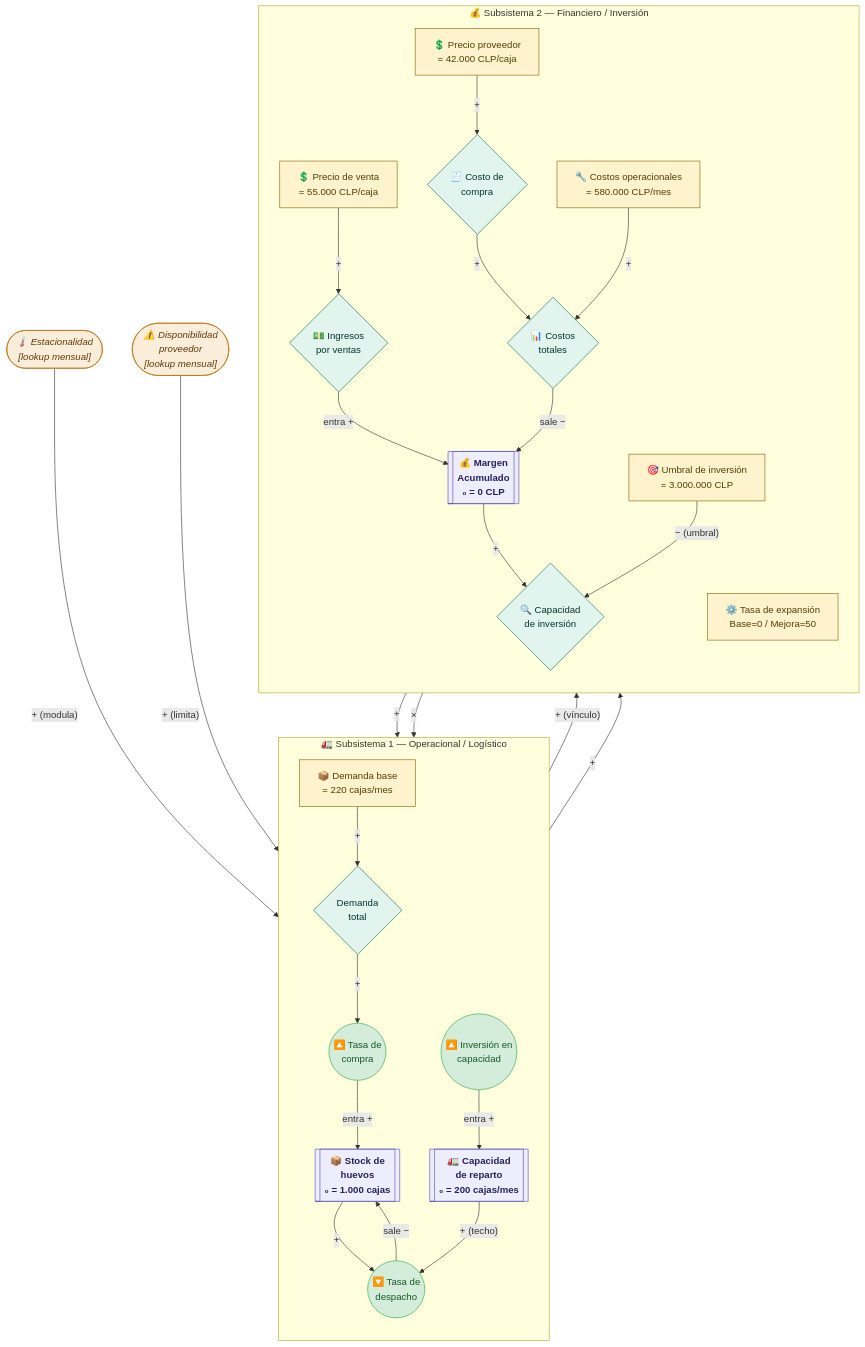
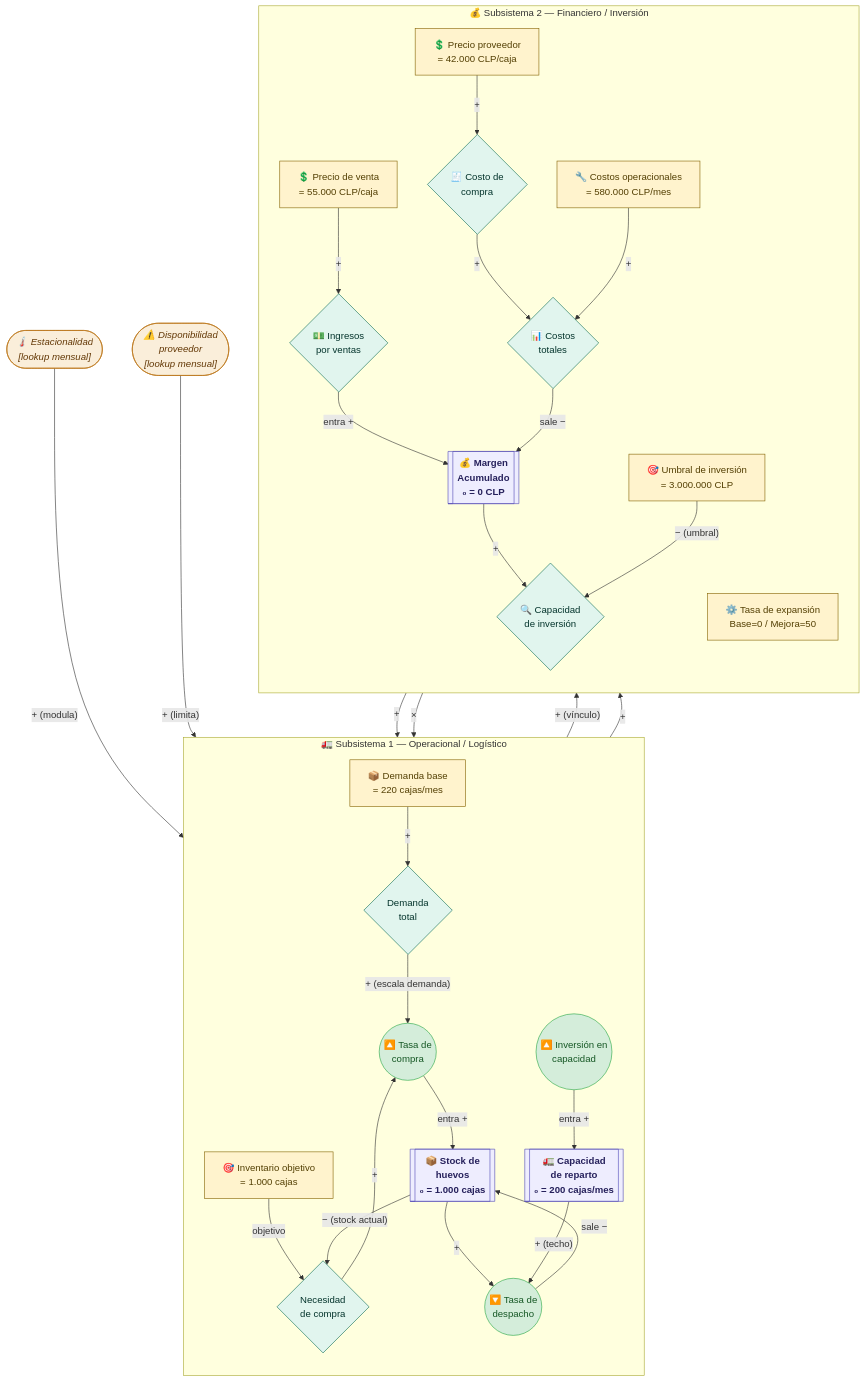
One commit to perrosxdev/Teoria-de-sistemas changed the first of 2 diagrams in docs/propuestas/carlos/modelo_forrester.md. Above: the diagram before and after it, drawn with Mermaid. The commit also changed other lines of this file, not shown here.

```diff
--- a/docs/propuestas/carlos/modelo_forrester.md
+++ b/docs/propuestas/carlos/modelo_forrester.md
@@ -26,6 +26,9 @@
 
         DBASE["📦 Demanda base\n= 220 cajas/mes"]:::param
         DT{"Demanda\ntotal"}:::aux
+
+        INVOBJ["🎯 Inventario objetivo\n= 1.000 cajas"]:::param
+        NEC{"Necesidad\nde compra"}:::aux
 
         TC(("🔼 Tasa de\ncompra")):::flow
         SH[["📦 Stock de\nhuevos\n₀ = 1.000 cajas"]]:::stock
@@ -54,13 +57,18 @@
         CI{"🔍 Capacidad\nde inversión"}:::aux
     end
 
-    %% ─── CONEXIONES EXÓGENAS → S1 ─────────────────────────────────
+    %% ─── CONEXIONES EXÓGENAS ──────────────────────────────────────
     EST -->|"+ (modula)"| DT
     DPROV -->|"+ (limita)"| TC
     DBASE -->|"+"| DT
 
+    %% ─── LÓGICA DE COMPRA (NUEVO) ─────────────────────────────────
+    INVOBJ -->|"objetivo"| NEC
+    SH -->|"− (stock actual)"| NEC
+    NEC -->|"+"| TC
+    DT -->|"+ (escala demanda)"| TC
+
     %% ─── FLUJOS INTERNOS S1 ───────────────────────────────────────
-    DT -->|"+"| TC
     TC -->|"entra +"| SH
     SH -->|"+"| TD
     CR -->|"+ (techo)"| TD
```
